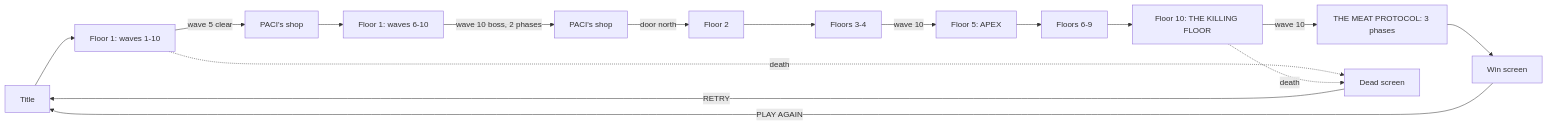
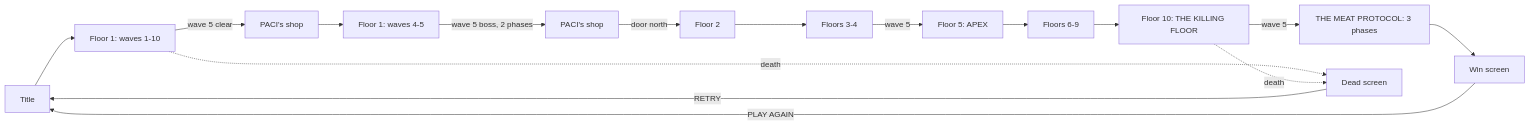
The diagram in docs/How A Run Goes.md (YOTI876/meat-protocol), drawn with Mermaid before and after one commit. The commit also changed other lines of this file and 7 other files, not shown here.

````diff
--- a/docs/How A Run Goes.md
+++ b/docs/How A Run Goes.md
@@ -12,18 +12,18 @@
 ```mermaid
 flowchart LR
   T[Title] --> F1[Floor 1: waves 1-10]
   F1 -->|wave 5 clear| S1[PACI's shop]
-  S1 --> F1b[Floor 1: waves 6-10]
-  F1b -->|wave 10 boss, 2 phases| S[PACI's shop]
+  S1 --> F1b[Floor 1: waves 4-5]
+  F1b -->|wave 5 boss, 2 phases| S[PACI's shop]
   S -->|door north| F2[Floor 2]
   F2 --> F3[Floors 3-4]
-  F3 -->|wave 10| A[Floor 5: APEX]
+  F3 -->|wave 5| A[Floor 5: APEX]
   A --> F6[Floors 6-9]
   F6 --> F10[Floor 10: THE KILLING FLOOR]
-  F10 -->|wave 10| P[THE MEAT PROTOCOL: 3 phases]
+  F10 -->|wave 5| P[THE MEAT PROTOCOL: 3 phases]
   P --> W[Win screen]
   F1 -.death.-> D[Dead screen]
   F10 -.death.-> D
   D -->|RETRY| T
   W -->|PLAY AGAIN| T
 ```
````
